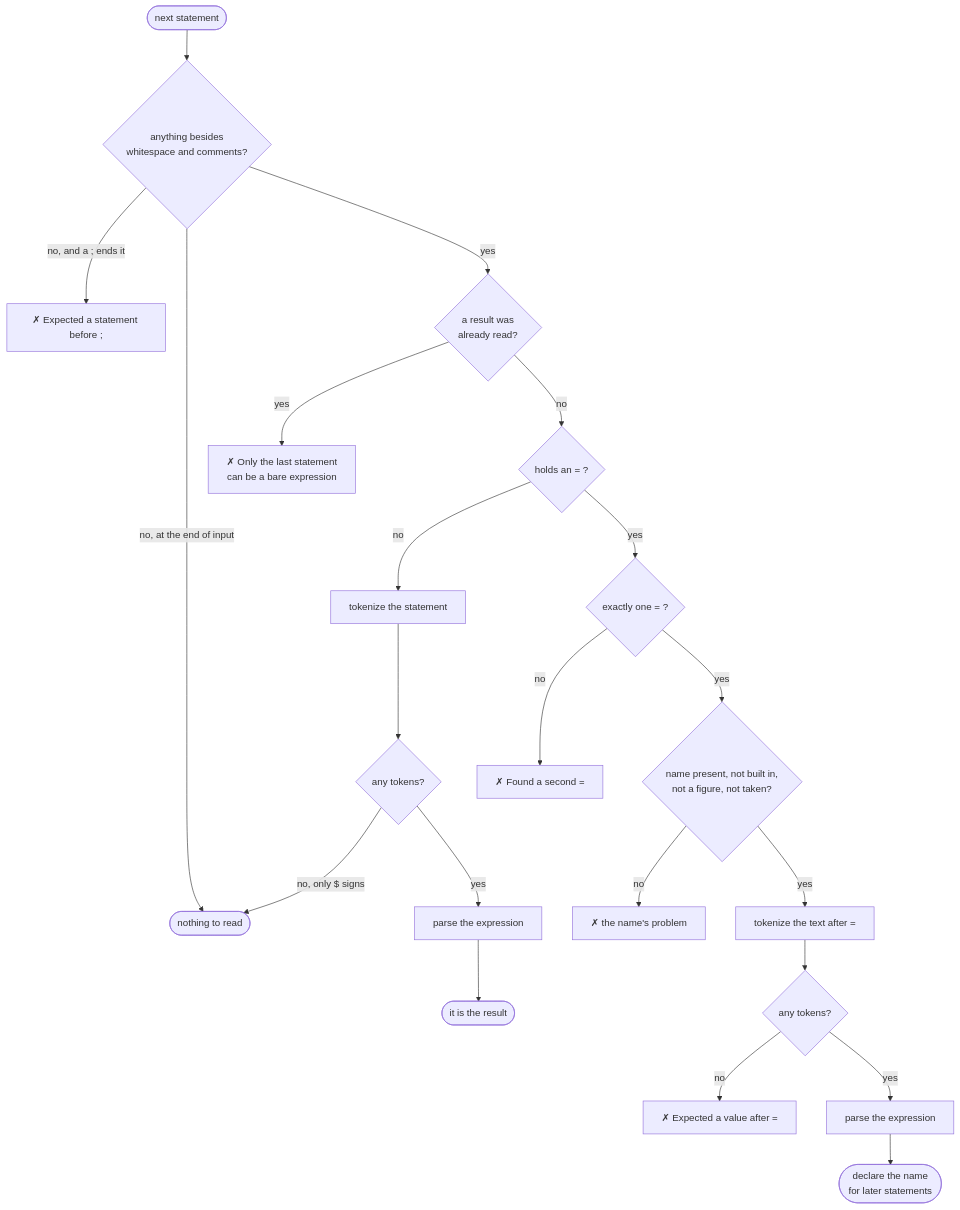
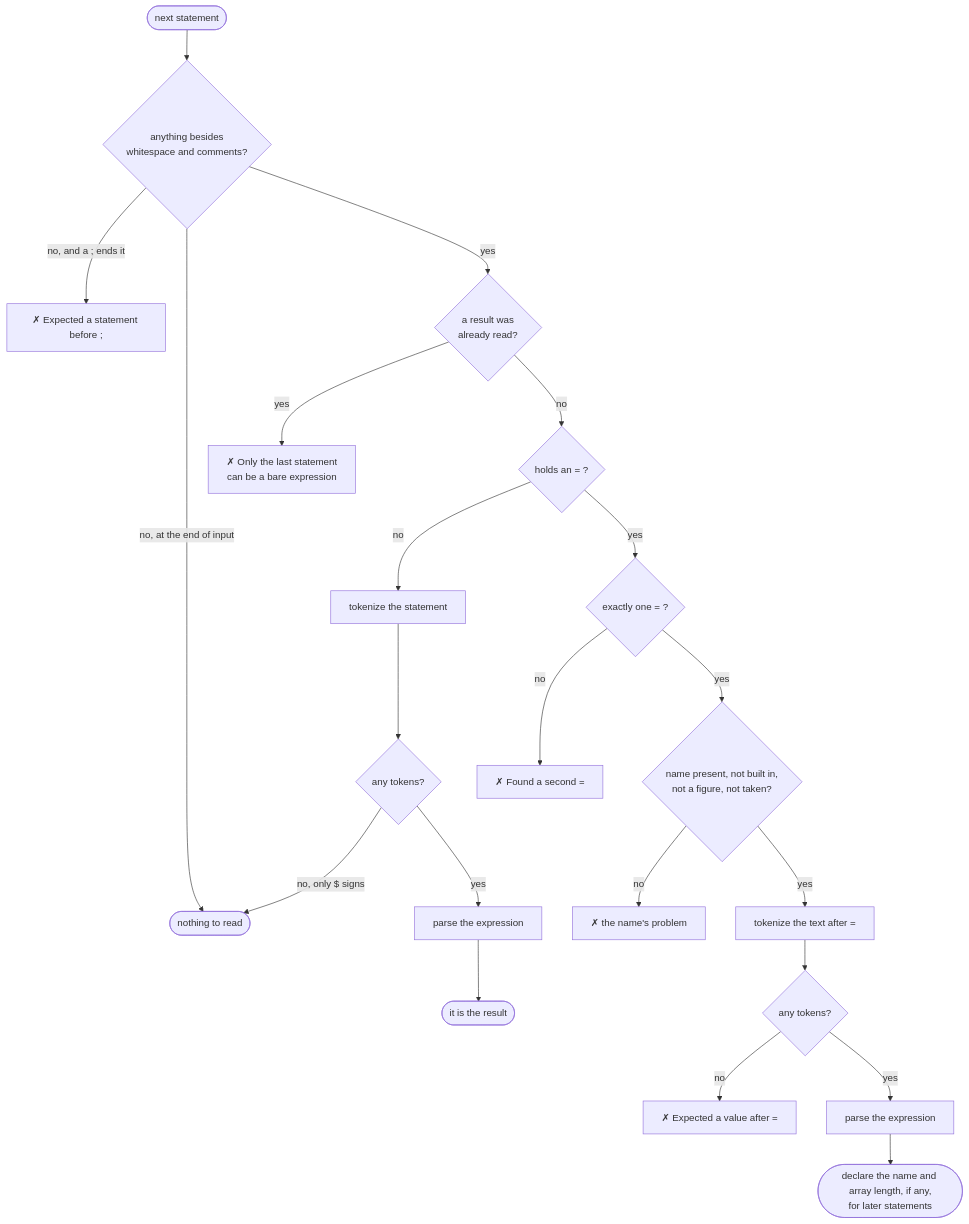
Before and after one commit to awpala/financial-calculators: the fourth of 8 diagrams in src/lib/calculator/README.md, drawn with Mermaid. The commit also changed other lines of this file and 22 other files, not shown here.

````diff
--- a/src/lib/calculator/README.md
+++ b/src/lib/calculator/README.md
@@ -583,21 +624,21 @@
 ```mermaid
 flowchart TD
     NEXT(["next statement"]) --> CONTENT{"anything besides<br/>whitespace and comments?"}
     CONTENT -- "no, and a #59; ends it" --> E1["✗ Expected a statement before #59;"]
     CONTENT -- "no, at the end of input" --> DONE(["nothing to read"])
     CONTENT -- yes --> AFTER{"a result was<br/>already read?"}
     AFTER -- yes --> E2["✗ Only the last statement<br/>can be a bare expression"]
     AFTER -- no --> EQ{"holds an = ?"}
     EQ -- no --> TOKB["tokenize the statement"]
     TOKB --> ANYB{"any tokens?"}
     ANYB -- "no, only #36; signs" --> DONE
     ANYB -- yes --> PARB["parse the expression"] --> RES(["it is the result"])
     EQ -- yes --> ONE{"exactly one = ?"}
     ONE -- no --> E3["✗ Found a second ="]
     ONE -- yes --> NAME{"name present, not built in,<br/>not a figure, not taken?"}
     NAME -- no --> E4["✗ the name's problem"]
     NAME -- yes --> TOKD["tokenize the text after ="]
     TOKD --> ANYD{"any tokens?"}
     ANYD -- no --> E5["✗ Expected a value after ="]
-    ANYD -- yes --> PARD["parse the expression"] --> REG(["declare the name<br/>for later statements"])
+    ANYD -- yes --> PARD["parse the expression"] --> REG(["declare the name and array length, if any,<br/>for later statements"])
 ```
````
